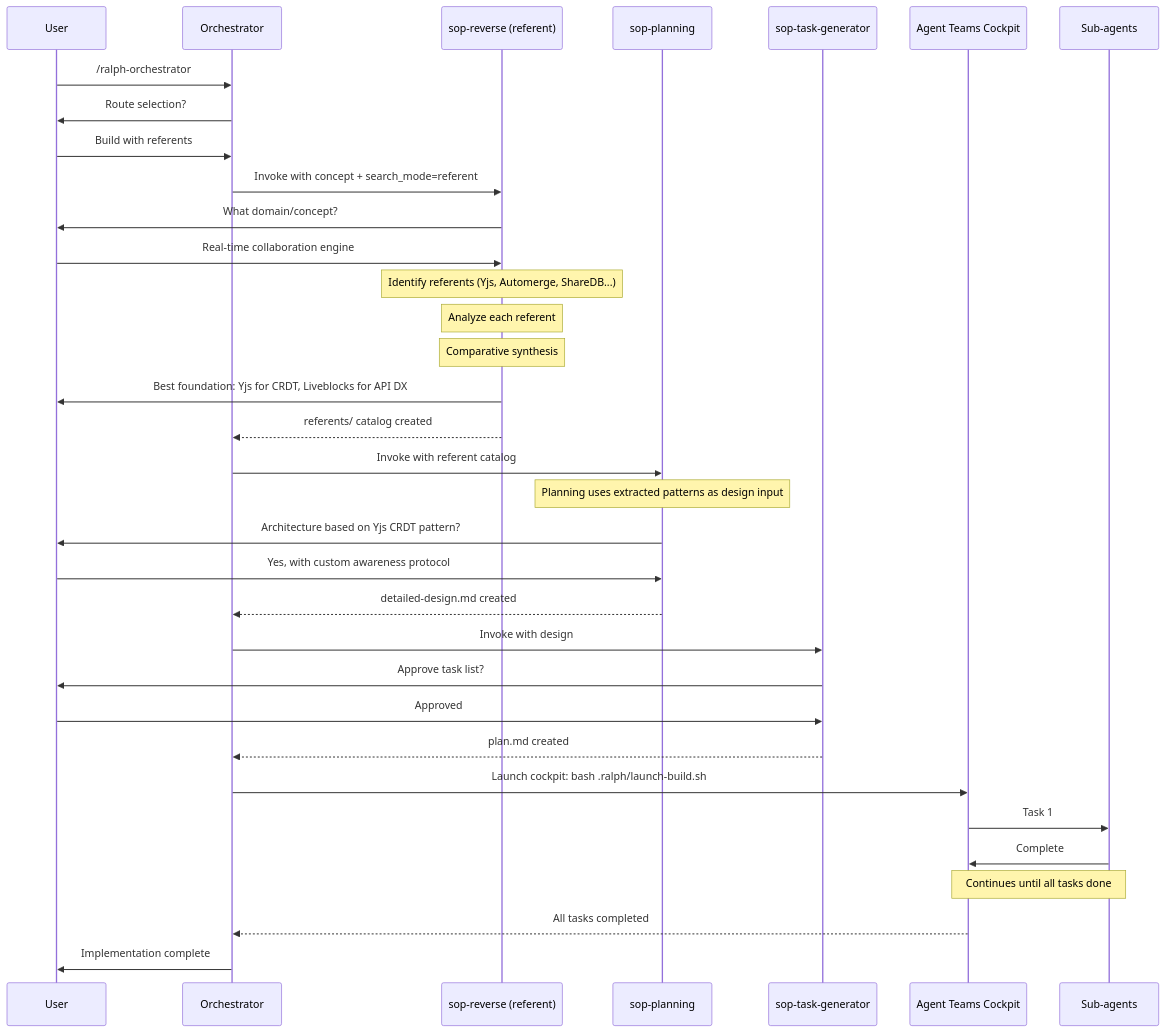
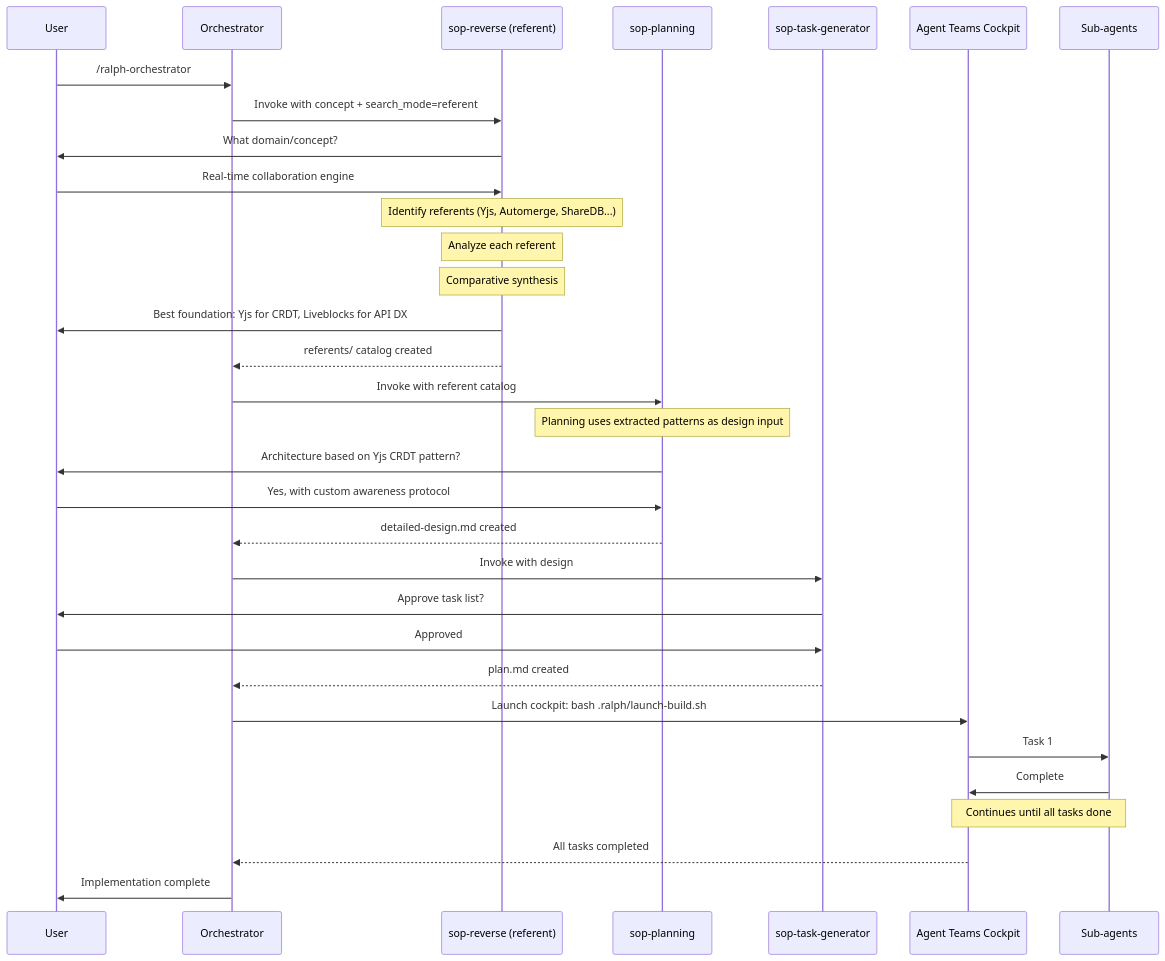
Before and after one commit to Dario-Arcos/ai-framework: the second of 2 diagrams in skills/ralph-orchestrator/references/sop-integration.md, drawn with Mermaid. The commit also changed other lines of this file and 5 other files, not shown here.

First line of the commit message:
refactor(ralph-orchestrator): simplify from 3 routes to single referent-only flow

````diff
--- a/skills/ralph-orchestrator/references/sop-integration.md
+++ b/skills/ralph-orchestrator/references/sop-integration.md
@@ -478,43 +361,41 @@
 ```mermaid
 sequenceDiagram
     participant U as User
     participant O as Orchestrator
     participant R as sop-reverse (referent)
     participant P as sop-planning
     participant T as sop-task-generator
     participant C as Agent Teams Cockpit
     participant S as Sub-agents
 
     U->>O: /ralph-orchestrator
-    O->>U: Route selection?
-    U->>O: Build with referents
 
     O->>R: Invoke with concept + search_mode=referent
     R->>U: What domain/concept?
     U->>R: Real-time collaboration engine
 
     Note over R: Identify referents (Yjs, Automerge, ShareDB...)
     Note over R: Analyze each referent
     Note over R: Comparative synthesis
 
     R->>U: Best foundation: Yjs for CRDT, Liveblocks for API DX
     R-->>O: referents/ catalog created
 
     O->>P: Invoke with referent catalog
     Note over P: Planning uses extracted patterns as design input
     P->>U: Architecture based on Yjs CRDT pattern?
     U->>P: Yes, with custom awareness protocol
     P-->>O: detailed-design.md created
 
     O->>T: Invoke with design
     T->>U: Approve task list?
     U->>T: Approved
     T-->>O: plan.md created
 
     O->>C: Launch cockpit: bash .ralph/launch-build.sh
     C->>S: Task 1
     S->>C: Complete
     Note over C,S: Continues until all tasks done
     C-->>O: All tasks completed
     O->>U: Implementation complete
 ```
````
